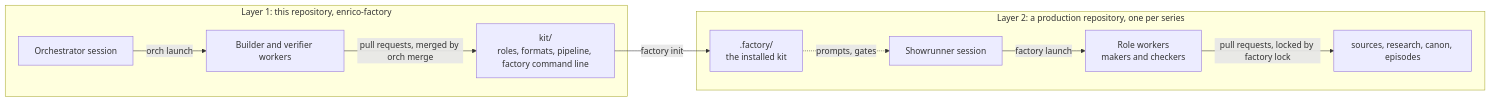
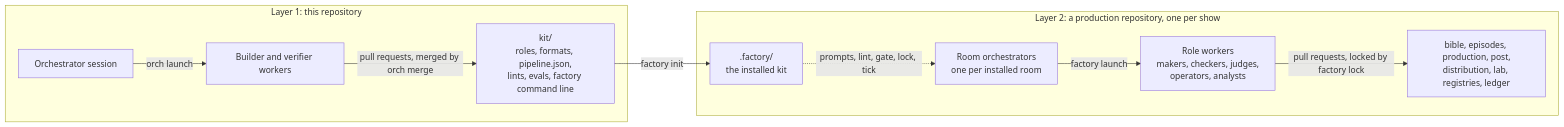
Before and after one commit to abel30567/enrico-factory: the first of 22 diagrams in docs/architecture.md, drawn with Mermaid. The commit also changed other lines of this file and 1 other file, not shown here.

Commit message:
Redraw the architecture to v1 and resolve the ambiguities the diagrams exposed in the brief.

````diff
--- a/docs/architecture.md
+++ b/docs/architecture.md
@@ -17,20 +17,20 @@
 ```mermaid
 flowchart LR
-  subgraph L1["Layer 1: this repository, enrico-factory"]
+  subgraph L1["Layer 1: this repository"]
     ORCH["Orchestrator session"]
     BV["Builder and verifier workers"]
-    KIT["kit/<br/>roles, formats, pipeline, factory command line"]
+    KIT["kit/<br/>roles, formats, pipeline.json,<br/>lints, evals, factory command line"]
     ORCH -->|"orch launch"| BV
     BV -->|"pull requests, merged by orch merge"| KIT
   end
-  subgraph L2["Layer 2: a production repository, one per series"]
+  subgraph L2["Layer 2: a production repository, one per show"]
     INST[".factory/<br/>the installed kit"]
-    SHOW["Showrunner session"]
-    ROLES["Role workers<br/>makers and checkers"]
-    WORK["sources, research, canon, episodes"]
-    SHOW -->|"factory launch"| ROLES
+    RO["Room orchestrators<br/>one per installed room"]
+    ROLES["Role workers<br/>makers, checkers, judges,<br/>operators, analysts"]
+    WORK["bible, episodes, production, post,<br/>distribution, lab, registries, ledger"]
+    RO -->|"factory launch"| ROLES
     ROLES -->|"pull requests, locked by factory lock"| WORK
-    INST -.->|"prompts, gates"| SHOW
+    INST -.->|"prompts, lint, gate, lock, tick"| RO
   end
   KIT -->|"factory init"| INST
 ```
````
